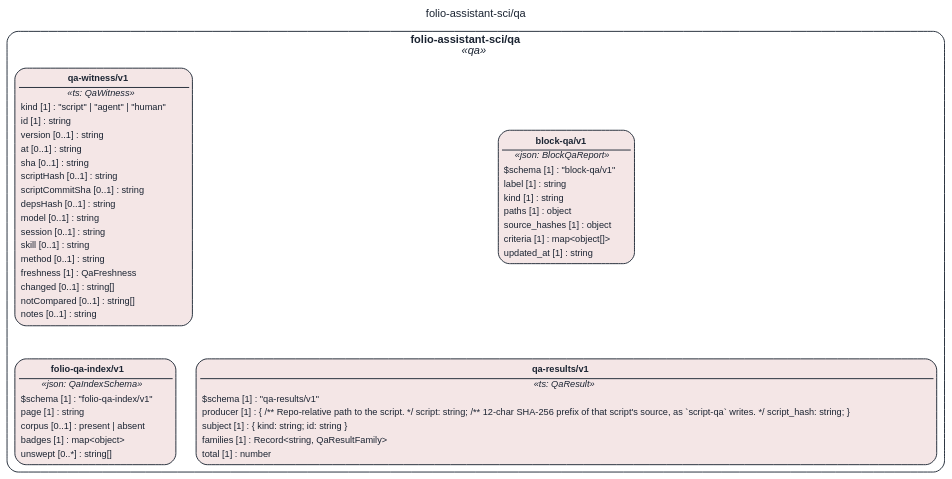
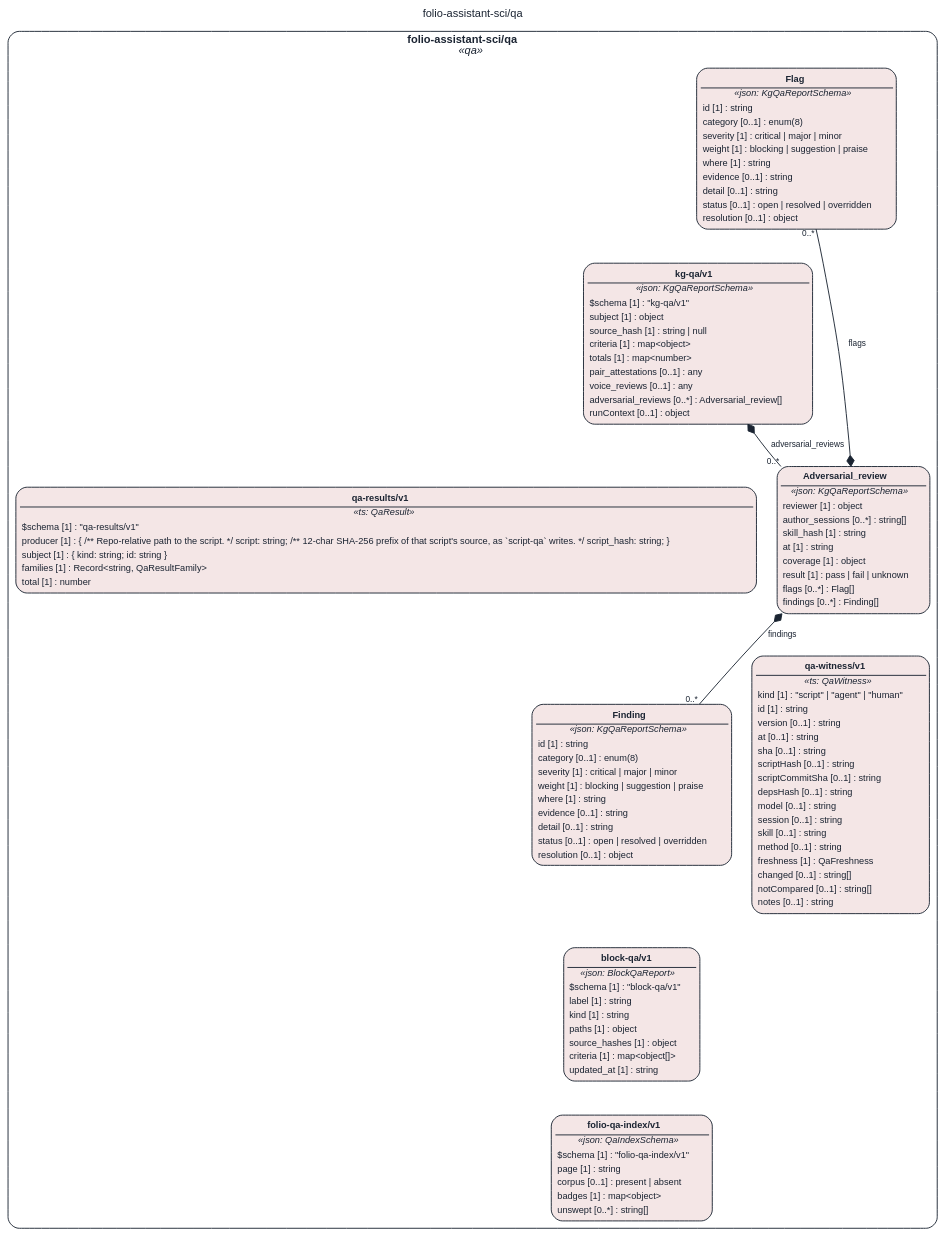
One commit to litlfred/folio-assistant changed the diagram in STAGING/claude-repin-layers-green/assets/img/uml/overview/folio-assistant-sci/qa.dot. Above: the diagram before and after it, drawn with Graphviz. The commit also changed 19685 other files, not shown here.

```diff
--- a/STAGING/claude-repin-layers-green/assets/img/uml/overview/folio-assistant-sci/qa.dot
+++ b/STAGING/claude-repin-layers-green/assets/img/uml/overview/folio-assistant-sci/qa.dot
@@ -1,16 +1,26 @@
 // GENERATED by cat-harness-tools/scripts/gen-uml-overview.ts — do not edit.
 // Rendered page (interactive view, same model): https://litlfred.github.io/folio-assistant/uml/overview/folio-assistant-sci/qa.html
 digraph "folio_assistant_sci_qa" {
   graph [label="folio-assistant-sci/qa", labelloc=t, fontname="Helvetica", fontsize=12, fontcolor="#1b2432", newrank=true, ratio=auto, nodesep=0.3, ranksep=0.5, bgcolor="transparent"];
   node [shape=box, style="rounded,filled", margin=0.05, fontname="Helvetica", fontsize=10, color="#1b2432", fontcolor="#1b2432"];
   edge [color="#1b2432", fontcolor="#1b2432", fontname="Helvetica", fontsize=9];
   subgraph "cluster_pkg_folio_assistant_sci_qa" {
     label=<<b>folio-assistant-sci/qa</b><br/><i>«qa»</i>>; style="rounded"; color="#1b2432"; class="fa_uml_subgraph";
+    "folio_assistant_sci_qa_kg_qa_v1_Flag" [fillcolor="#f4e6e6", class="fa_uml_kind_qa", label=<<table border="0" cellborder="0" cellspacing="0" cellpadding="2"><tr><td border="1" sides="b"><b>Flag</b></td></tr><tr><td><i>«json: KgQaReportSchema»</i></td></tr><tr><td align="left">id [1] : string</td></tr><tr><td align="left">category [0..1] : enum(8)</td></tr><tr><td align="left">severity [1] : critical | major | minor</td></tr><tr><td align="left">weight [1] : blocking | suggestion | praise</td></tr><tr><td align="left">where [1] : string</td></tr><tr><td align="left">evidence [0..1] : string</td></tr><tr><td align="left">detail [0..1] : string</td></tr><tr><td align="left">status [0..1] : open | resolved | overridden</td></tr><tr><td align="left">resolution [0..1] : object</td></tr></table>>];
+    "folio_assistant_sci_qa_kg_qa_v1_Finding" [fillcolor="#f4e6e6", class="fa_uml_kind_qa", label=<<table border="0" cellborder="0" cellspacing="0" cellpadding="2"><tr><td border="1" sides="b"><b>Finding</b></td></tr><tr><td><i>«json: KgQaReportSchema»</i></td></tr><tr><td align="left">id [1] : string</td></tr><tr><td align="left">category [0..1] : enum(8)</td></tr><tr><td align="left">severity [1] : critical | major | minor</td></tr><tr><td align="left">weight [1] : blocking | suggestion | praise</td></tr><tr><td align="left">where [1] : string</td></tr><tr><td align="left">evidence [0..1] : string</td></tr><tr><td align="left">detail [0..1] : string</td></tr><tr><td align="left">status [0..1] : open | resolved | overridden</td></tr><tr><td align="left">resolution [0..1] : object</td></tr></table>>];
+    "folio_assistant_sci_qa_kg_qa_v1_Adversarial_review" [fillcolor="#f4e6e6", class="fa_uml_kind_qa", label=<<table border="0" cellborder="0" cellspacing="0" cellpadding="2"><tr><td border="1" sides="b"><b>Adversarial_review</b></td></tr><tr><td><i>«json: KgQaReportSchema»</i></td></tr><tr><td align="left">reviewer [1] : object</td></tr><tr><td align="left">author_sessions [0..*] : string[]</td></tr><tr><td align="left">skill_hash [1] : string</td></tr><tr><td align="left">at [1] : string</td></tr><tr><td align="left">coverage [1] : object</td></tr><tr><td align="left">result [1] : pass | fail | unknown</td></tr><tr><td align="left">flags [0..*] : Flag[]</td></tr><tr><td align="left">findings [0..*] : Finding[]</td></tr></table>>];
+    "folio_assistant_sci_qa_kg_qa_v1_kg_qa_v1" [fillcolor="#f4e6e6", class="fa_uml_kind_qa", label=<<table border="0" cellborder="0" cellspacing="0" cellpadding="2"><tr><td border="1" sides="b"><b>kg-qa/v1</b></td></tr><tr><td><i>«json: KgQaReportSchema»</i></td></tr><tr><td align="left">$schema [1] : &quot;kg-qa/v1&quot;</td></tr><tr><td align="left">subject [1] : object</td></tr><tr><td align="left">source_hash [1] : string | null</td></tr><tr><td align="left">criteria [1] : map&lt;object&gt;</td></tr><tr><td align="left">totals [1] : map&lt;number&gt;</td></tr><tr><td align="left">pair_attestations [0..1] : any</td></tr><tr><td align="left">voice_reviews [0..1] : any</td></tr><tr><td align="left">adversarial_reviews [0..*] : Adversarial_review[]</td></tr><tr><td align="left">runContext [0..1] : object</td></tr></table>>];
     "folio_assistant_sci_qa_block_qa_v1_block_qa_v1" [fillcolor="#f4e6e6", class="fa_uml_kind_qa", label=<<table border="0" cellborder="0" cellspacing="0" cellpadding="2"><tr><td border="1" sides="b"><b>block-qa/v1</b></td></tr><tr><td><i>«json: BlockQaReport»</i></td></tr><tr><td align="left">$schema [1] : &quot;block-qa/v1&quot;</td></tr><tr><td align="left">label [1] : string</td></tr><tr><td align="left">kind [1] : string</td></tr><tr><td align="left">paths [1] : object</td></tr><tr><td align="left">source_hashes [1] : object</td></tr><tr><td align="left">criteria [1] : map&lt;object[]&gt;</td></tr><tr><td align="left">updated_at [1] : string</td></tr></table>>];
     "folio_assistant_sci_qa_qa_witness_v1" [fillcolor="#f4e6e6", class="fa_uml_kind_qa", label=<<table border="0" cellborder="0" cellspacing="0" cellpadding="2"><tr><td border="1" sides="b"><b>qa-witness/v1</b></td></tr><tr><td><i>«ts: QaWitness»</i></td></tr><tr><td align="left">kind [1] : &quot;script&quot; | &quot;agent&quot; | &quot;human&quot;</td></tr><tr><td align="left">id [1] : string</td></tr><tr><td align="left">version [0..1] : string</td></tr><tr><td align="left">at [0..1] : string</td></tr><tr><td align="left">sha [0..1] : string</td></tr><tr><td align="left">scriptHash [0..1] : string</td></tr><tr><td align="left">scriptCommitSha [0..1] : string</td></tr><tr><td align="left">depsHash [0..1] : string</td></tr><tr><td align="left">model [0..1] : string</td></tr><tr><td align="left">session [0..1] : string</td></tr><tr><td align="left">skill [0..1] : string</td></tr><tr><td align="left">method [0..1] : string</td></tr><tr><td align="left">freshness [1] : QaFreshness</td></tr><tr><td align="left">changed [0..1] : string[]</td></tr><tr><td align="left">notCompared [0..1] : string[]</td></tr><tr><td align="left">notes [0..1] : string</td></tr></table>>];
     "folio_assistant_sci_qa_qa_results_v1" [fillcolor="#f4e6e6", class="fa_uml_kind_qa", label=<<table border="0" cellborder="0" cellspacing="0" cellpadding="2"><tr><td border="1" sides="b"><b>qa-results/v1</b></td></tr><tr><td><i>«ts: QaResult»</i></td></tr><tr><td align="left">$schema [1] : &quot;qa-results/v1&quot;</td></tr><tr><td align="left">producer [1] : { /** Repo-relative path to the script. */ script: string; /** 12-char SHA-256 prefix of that script's source, as `script-qa` writes. */ script_hash: string; }</td></tr><tr><td align="left">subject [1] : { kind: string; id: string }</td></tr><tr><td align="left">families [1] : Record&lt;string, QaResultFamily&gt;</td></tr><tr><td align="left">total [1] : number</td></tr></table>>];
     "folio_assistant_sci_qa_folio_qa_index_v1_folio_qa_index_v1" [fillcolor="#f4e6e6", class="fa_uml_kind_qa", label=<<table border="0" cellborder="0" cellspacing="0" cellpadding="2"><tr><td border="1" sides="b"><b>folio-qa-index/v1</b></td></tr><tr><td><i>«json: QaIndexSchema»</i></td></tr><tr><td align="left">$schema [1] : &quot;folio-qa-index/v1&quot;</td></tr><tr><td align="left">page [1] : string</td></tr><tr><td align="left">corpus [0..1] : present | absent</td></tr><tr><td align="left">badges [1] : map&lt;object&gt;</td></tr><tr><td align="left">unswept [0..*] : string[]</td></tr></table>>];
   }
-  "folio_assistant_sci_qa_block_qa_v1_block_qa_v1" -> "folio_assistant_sci_qa_qa_results_v1" [style=invis, class="kg-graph-anchor"];
-  "folio_assistant_sci_qa_qa_witness_v1" -> "folio_assistant_sci_qa_folio_qa_index_v1_folio_qa_index_v1" [style=invis, class="kg-graph-anchor"];
+  "folio_assistant_sci_qa_kg_qa_v1_Adversarial_review" -> "folio_assistant_sci_qa_kg_qa_v1_Flag" [dir=both, arrowtail=diamond, arrowhead=none, label="flags", headlabel="0..*", class="fa_uml_composition"];
+  "folio_assistant_sci_qa_kg_qa_v1_Adversarial_review" -> "folio_assistant_sci_qa_kg_qa_v1_Finding" [dir=both, arrowtail=diamond, arrowhead=none, label="findings", headlabel="0..*", class="fa_uml_composition"];
+  "folio_assistant_sci_qa_kg_qa_v1_kg_qa_v1" -> "folio_assistant_sci_qa_kg_qa_v1_Adversarial_review" [dir=both, arrowtail=diamond, arrowhead=none, label="adversarial_reviews", headlabel="0..*", class="fa_uml_composition"];
+  "folio_assistant_sci_qa_kg_qa_v1_Flag" -> "folio_assistant_sci_qa_kg_qa_v1_kg_qa_v1" [style=invis, class="kg-graph-anchor"];
+  "folio_assistant_sci_qa_kg_qa_v1_Finding" -> "folio_assistant_sci_qa_block_qa_v1_block_qa_v1" [style=invis, class="kg-graph-anchor"];
+  "folio_assistant_sci_qa_kg_qa_v1_Adversarial_review" -> "folio_assistant_sci_qa_qa_witness_v1" [style=invis, class="kg-graph-anchor"];
+  "folio_assistant_sci_qa_kg_qa_v1_kg_qa_v1" -> "folio_assistant_sci_qa_qa_results_v1" [style=invis, class="kg-graph-anchor"];
+  "folio_assistant_sci_qa_block_qa_v1_block_qa_v1" -> "folio_assistant_sci_qa_folio_qa_index_v1_folio_qa_index_v1" [style=invis, class="kg-graph-anchor"];
 }
```
